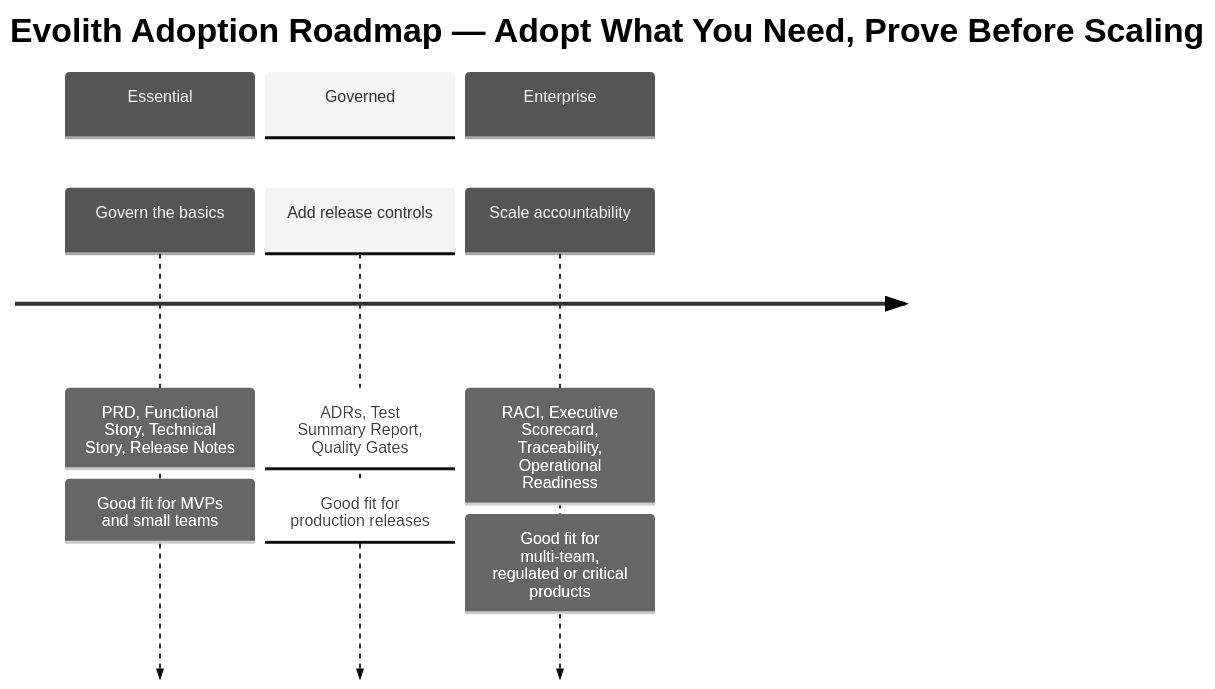
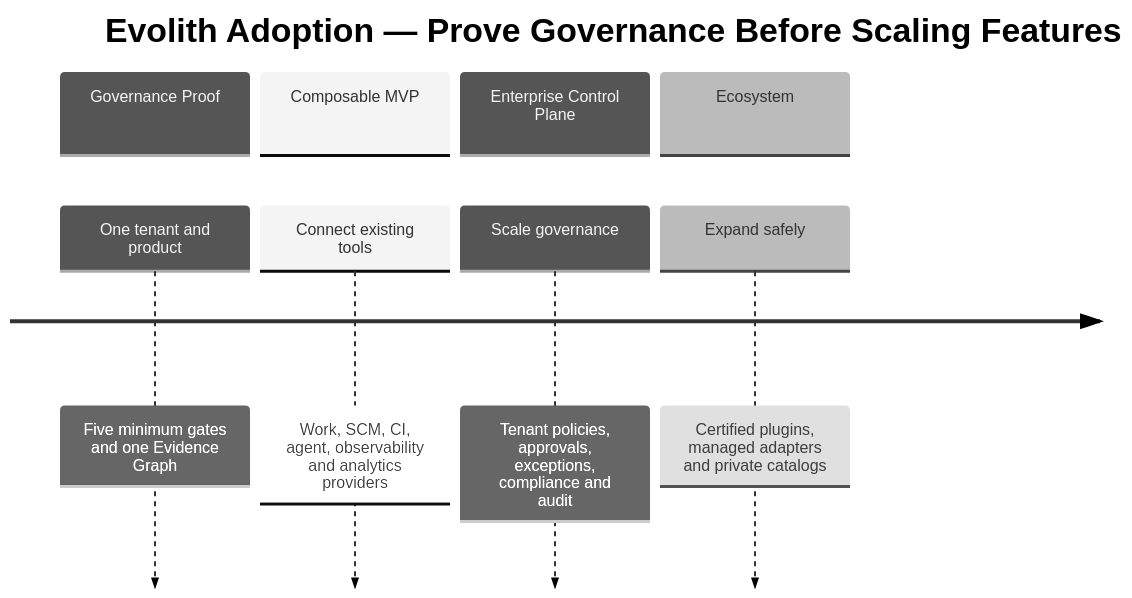
One commit to beyondnetcode/evolith_arch32 changed the fifth of 5 diagrams in reference/governance/standards/communication/visuals/v01-executive-one-pager.md. Above: the diagram before and after it, drawn with Mermaid (neutral theme). The commit also changed other lines of this file, not shown here.

Commit message:
docs(visuals): align executive one-pager with new Evolith vision

````diff
--- a/reference/governance/standards/communication/visuals/v01-executive-one-pager.md
+++ b/reference/governance/standards/communication/visuals/v01-executive-one-pager.md
@@ -77,13 +136,12 @@
 ```mermaid
 timeline
-    title Evolith Adoption Roadmap — Adopt What You Need, Prove Before Scaling
-    section Essential
-        Govern the basics : PRD, Functional Story, Technical Story, Release Notes
-                           : Good fit for MVPs and small teams
-    section Governed
-        Add release controls : ADRs, Test Summary Report, Quality Gates
-                             : Good fit for production releases
-    section Enterprise
-        Scale accountability : RACI, Executive Scorecard, Traceability, Operational Readiness
-                             : Good fit for multi-team, regulated or critical products
+    title Evolith Adoption — Prove Governance Before Scaling Features
+    section Governance Proof
+        One tenant and product : Five minimum gates and one Evidence Graph
+    section Composable MVP
+        Connect existing tools : Work, SCM, CI, agent, observability and analytics providers
+    section Enterprise Control Plane
+        Scale governance : Tenant policies, approvals, exceptions, compliance and audit
+    section Ecosystem
+        Expand safely : Certified plugins, managed adapters and private catalogs
 ```
````
